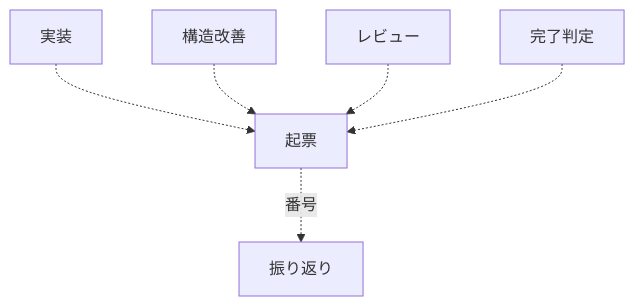
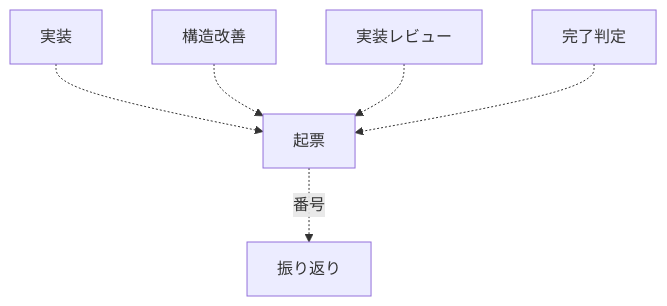
Before and after one commit to devbasex/ai-plugins: the first of 2 diagrams in plugins/ndf/skills/development-workflow/SKILL.md, drawn with Mermaid. The commit also changed other lines of this file and 16 other files, not shown here.

````diff
--- a/plugins/ndf/skills/development-workflow/SKILL.md
+++ b/plugins/ndf/skills/development-workflow/SKILL.md
@@ -165,8 +171,8 @@
 ```mermaid
 flowchart TD
     H[実装] -.-> S[起票]
     R[構造改善] -.-> S
-    V[レビュー] -.-> S
+    V[実装レビュー] -.-> S
     K[完了判定] -.-> S
     S -.番号.-> T[振り返り]
 ```
````
